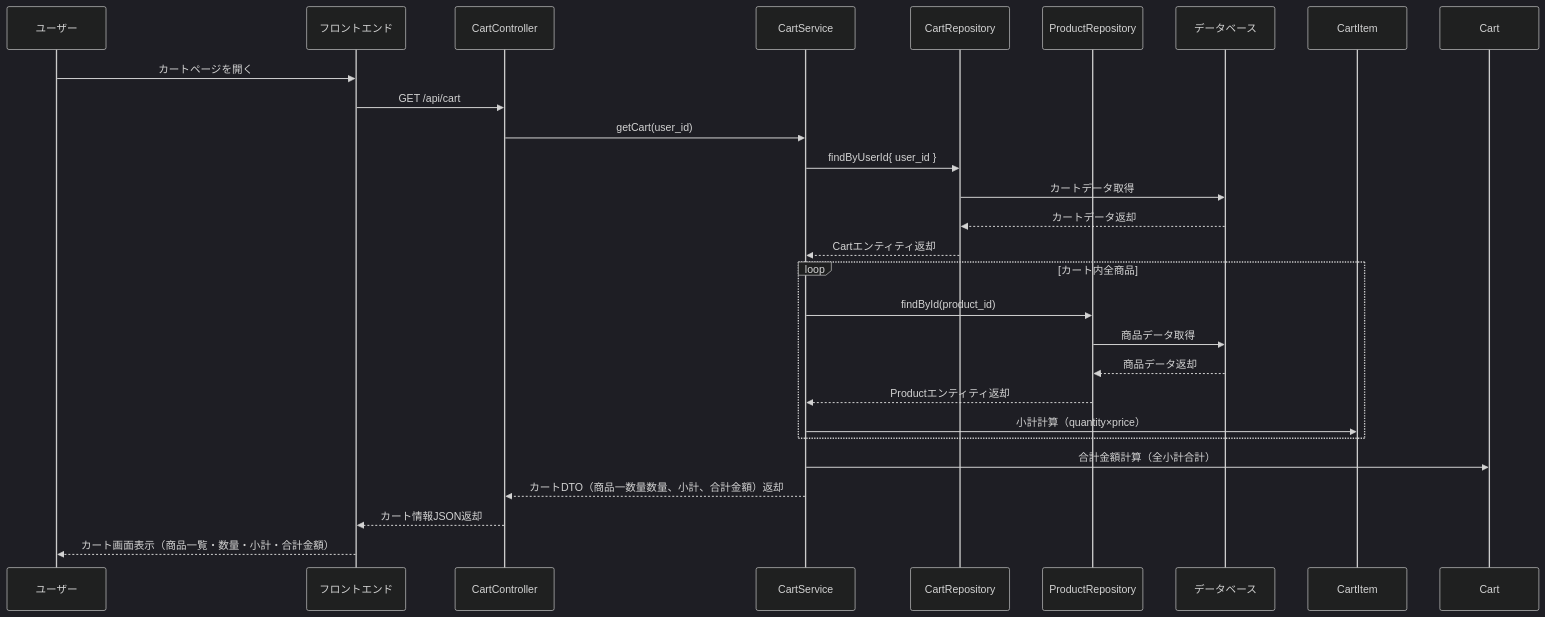
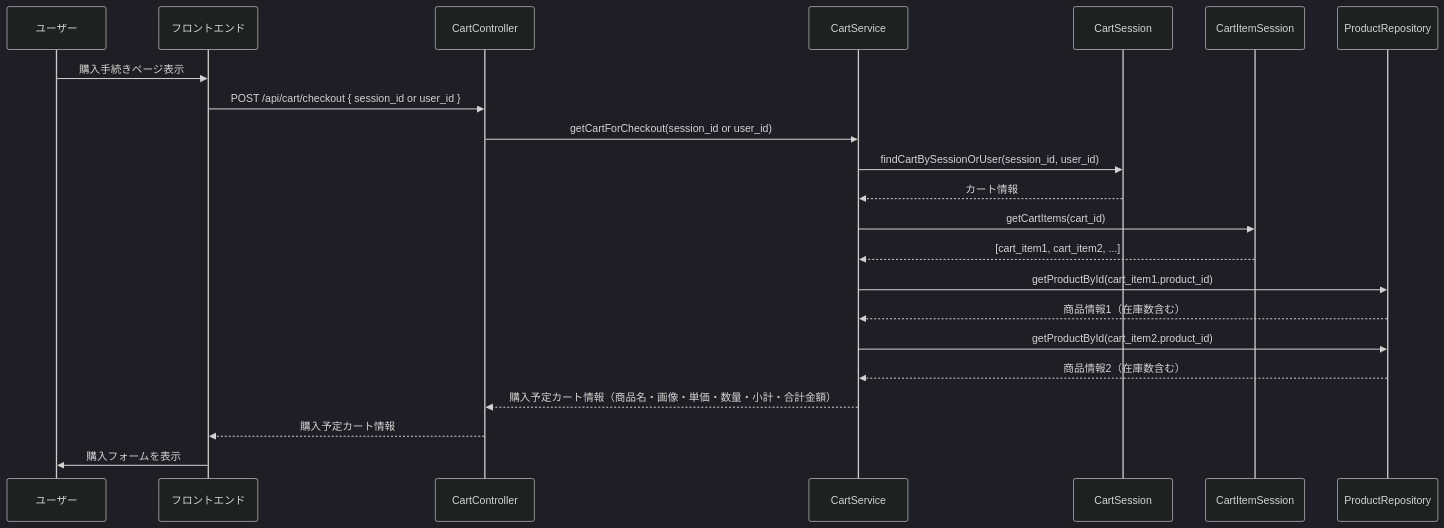
Before and after one commit to Aoi-Yaegashi/teamF: the eighth of 47 diagrams in 詳細設計/提出用/詳細設計書.md, drawn with Mermaid (dark theme). The commit also changed other lines of this file, not shown here.

```diff
--- a/詳細設計/提出用/詳細設計書.md
+++ b/詳細設計/提出用/詳細設計書.md
@@ -569,29 +718,46 @@
 <div class="mermaid">
 sequenceDiagram
     participant User as ユーザー
-    participant Browser as フロントエンド
-    participant CartController as CartController
-    participant CartService as CartService
-    participant CartRepo as CartRepository
-    participant ProductRepo as ProductRepository
-    participant DB as データベース
+    participant FE as フロントエンド
+    participant CartC as CartController
+    participant CartS as CartService
+    participant CartRepo as CartSession
+    participant CartItemRepo as CartItemSession
+    participant ProdRepo as ProductRepository
 
-    User->>Browser: カートページを開く
-    Browser->>CartController: GET /api/cart
-    CartController->>CartService: getCart(user_id)
-    CartService->>CartRepo: findByUserId{ user_id }
-    CartRepo->>DB: カートデータ取得
-    DB-->>CartRepo: カートデータ返却
-    CartRepo-->>CartService: Cartエンティティ返却
-    loop カート内全商品
-        CartService->>ProductRepo: findById(product_id)
-        ProductRepo->>DB: 商品データ取得
-        DB-->>ProductRepo: 商品データ返却
-        ProductRepo-->>CartService: Productエンティティ返却
-        CartService->>CartItem: 小計計算（quantity×price）
-    end
-    CartService->>Cart: 合計金額計算（全小計合計）
-    CartService-->>CartController: カートDTO（商品一数量数量、小計、合計金額）返却
-    CartController-->>Browser: カート情報JSON返却
-    Browser-->>User: カート画面表示（商品一覧・数量・小計・合計金額）
+    %% ユーザーが「購入手続き」ページを表示
+    User->>FE: 購入手続きページ表示
+
+    %% フロントエンドがAPI呼び出し
+    FE->>CartC: POST /api/cart/checkout { session_id or user_id }
+
+    %% コントローラがサービスに処理を依頼
+    CartC->>CartS: getCartForCheckout(session_id or user_id)
+
+    %% サービスがカート情報を取得
+    CartS->>CartRepo: findCartBySessionOrUser(session_id, user_id)
+    CartRepo-->>CartS: カート情報
+
+    %% サービスがカートアイテム一覧を取得
+    CartS->>CartItemRepo: getCartItems(cart_id)
+    CartItemRepo-->>CartS: [cart_item1, cart_item2, ...]
+
+    %% サービスが1つめのカートアイテムの商品情報を取得し在庫チェック
+    CartS->>ProdRepo: getProductById(cart_item1.product_id)
+    ProdRepo-->>CartS: 商品情報1（在庫数含む）
+
+    %% サービスが2つめのカートアイテムの商品情報を取得し在庫チェック
+    CartS->>ProdRepo: getProductById(cart_item2.product_id)
+    ProdRepo-->>CartS: 商品情報2（在庫数含む）
+
+    %% （カートアイテムがさらにあれば同様に記述）
+
+    %% 在庫OKの場合、購入予定カート情報をまとめて返却
+    CartS-->>CartC: 購入予定カート情報（商品名・画像・単価・数量・小計・合計金額）
+
+    %% コントローラがフロントエンドに返却
+    CartC-->>FE: 購入予定カート情報
+
+    %% フロントエンドが購入フォームを表示
+    FE->>User: 購入フォームを表示
 </div>
```
